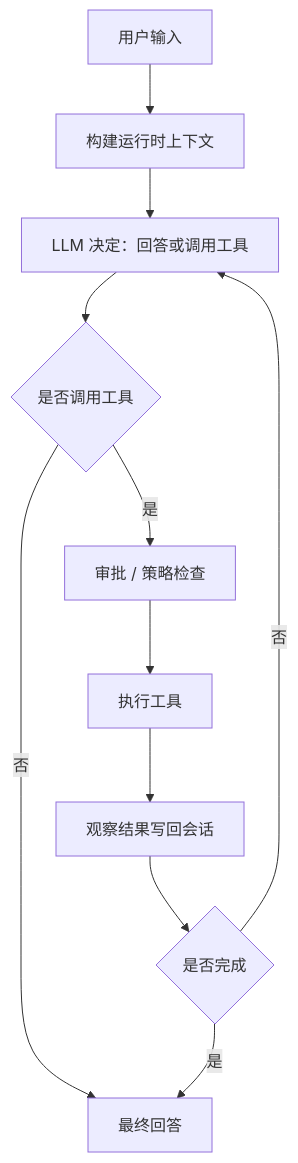
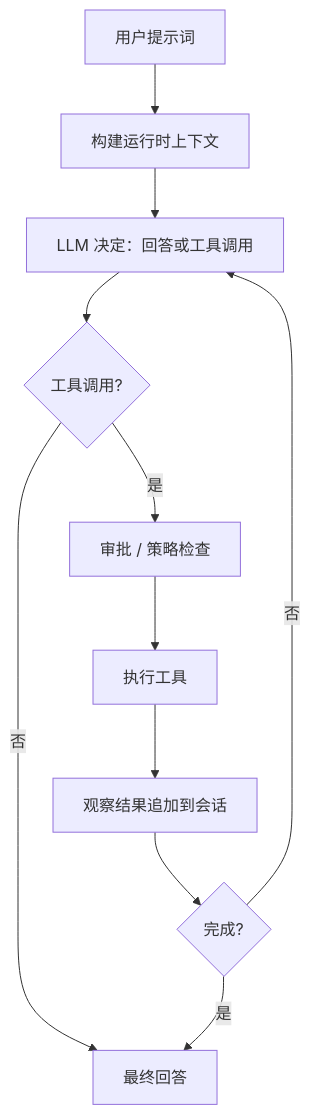
Before and after one commit to 1024XEngineer/bytemind: the diagram in README.zh-CN.md, drawn with Mermaid. The commit also changed other lines of this file and 22 other files, not shown here.

````diff
--- a/README.zh-CN.md
+++ b/README.zh-CN.md
@@ -271,13 +166,13 @@
 ```mermaid
 graph TD
-    A["用户输入"] --> B["构建运行时上下文"]
-    B --> C["LLM 决定：回答或调用工具"]
-    C --> D{"是否调用工具"}
+    A["用户提示词"] --> B["构建运行时上下文"]
+    B --> C["LLM 决定：回答或工具调用"]
+    C --> D{"工具调用?"}
     D -- "否" --> E["最终回答"]
     D -- "是" --> F["审批 / 策略检查"]
     F --> G["执行工具"]
-    G --> H["观察结果写回会话"]
-    H --> I{"是否完成"}
+    G --> H["观察结果追加到会话"]
+    H --> I{"完成?"}
     I -- "否" --> C
     I -- "是" --> E
 ```
````
